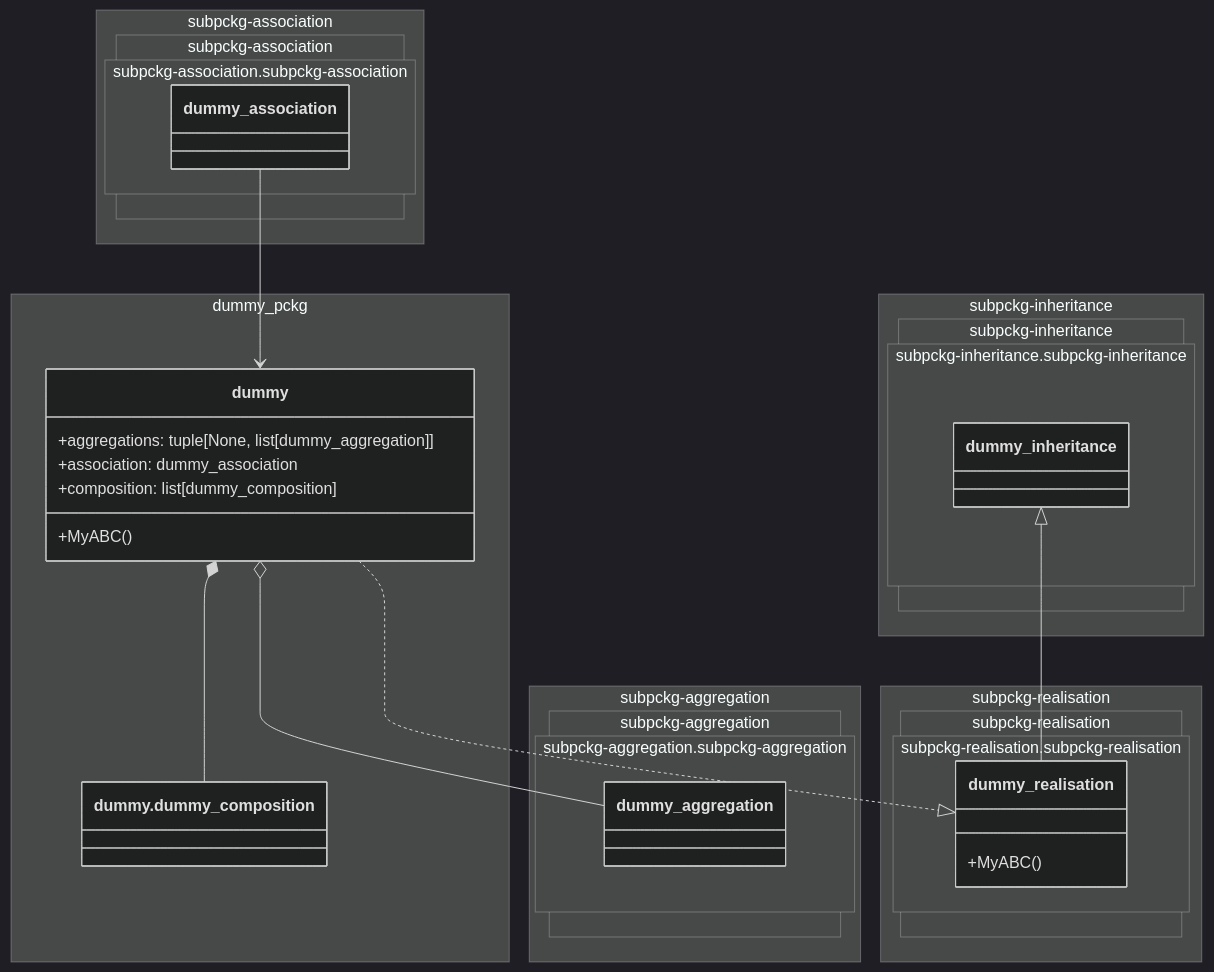
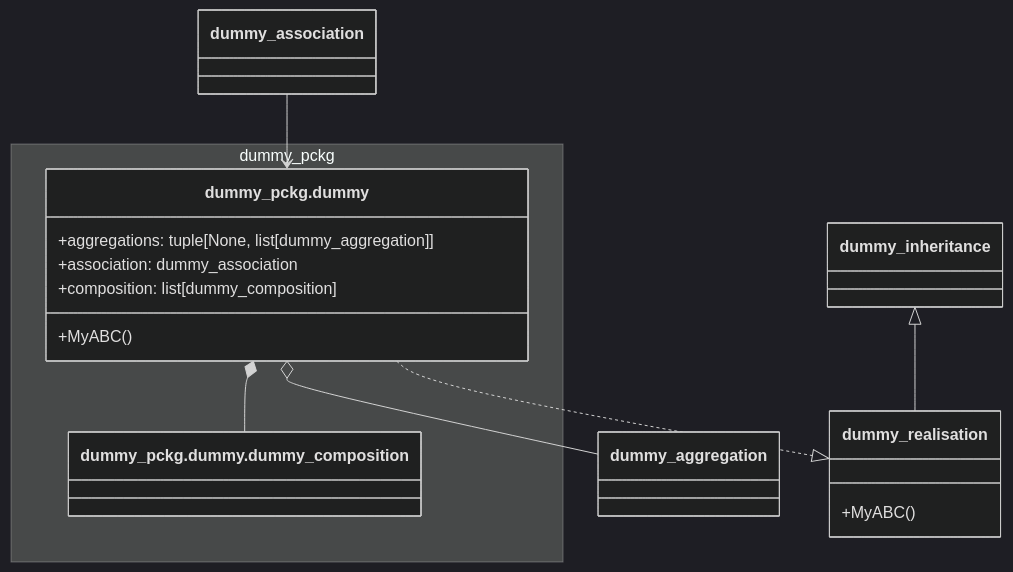
Before and after one commit to YsWorkBench/mermaiden: the diagram in examples/dummy_pckgUML.md, drawn with Mermaid (dark theme). The commit also changed 7 other files, not shown here.

Commit message:
updated dummy UML

````diff
--- a/examples/dummy_pckgUML.md
+++ b/examples/dummy_pckgUML.md
@@ -3,44 +3,28 @@
 ```mermaid
 classDiagram
-namespace `dummy_pckg`["dummy_pckg"]{
-  class `dummy_pckg.dummy`["dummy"] {
+class `dummy_aggregation` {
+}
+class `dummy_association` {
+}
+class `dummy_inheritance` {
+}
+class `dummy_realisation` {
+  +MyABC()
+}
+namespace `dummy_pckg`{
+  class `dummy_pckg.dummy` {
     +aggregations: tuple[None, list[dummy_aggregation]]
     +association: dummy_association
     +composition: list[dummy_composition]
     +MyABC()
   }
-  class `dummy_pckg.dummy.dummy_composition`["dummy.dummy_composition"] {
-  }
-}
-namespace `subpckg-aggregation`["subpckg-aggregation"]{
-  namespace `subpckg-aggregation.subpckg-aggregation`["subpckg-aggregation.subpckg-aggregation"]{
-    class `subpckg-aggregation.subpckg-aggregation.dummy_aggregation`["dummy_aggregation"] {
-    }
-  }
-}
-namespace `subpckg-association`["subpckg-association"]{
-  namespace `subpckg-association.subpckg-association`["subpckg-association.subpckg-association"]{
-    class `subpckg-association.subpckg-association.dummy_association`["dummy_association"] {
-    }
-  }
-}
-namespace `subpckg-inheritance`["subpckg-inheritance"]{
-  namespace `subpckg-inheritance.subpckg-inheritance`["subpckg-inheritance.subpckg-inheritance"]{
-    class `subpckg-inheritance.subpckg-inheritance.dummy_inheritance`["dummy_inheritance"] {
-    }
-  }
-}
-namespace `subpckg-realisation`["subpckg-realisation"]{
-  namespace `subpckg-realisation.subpckg-realisation`["subpckg-realisation.subpckg-realisation"]{
-    class `subpckg-realisation.subpckg-realisation.dummy_realisation`["dummy_realisation"] {
-      +MyABC()
-    }
+  class `dummy_pckg.dummy.dummy_composition` {
   }
 }
 
+`dummy_association` --> `dummy_pckg.dummy`
+`dummy_inheritance` <|-- `dummy_realisation`
+`dummy_pckg.dummy` o-- `dummy_aggregation`
 `dummy_pckg.dummy` *-- `dummy_pckg.dummy.dummy_composition`
-`dummy_pckg.dummy` o-- `subpckg-aggregation.subpckg-aggregation.dummy_aggregation`
-`dummy_pckg.dummy` ..|> `subpckg-realisation.subpckg-realisation.dummy_realisation`
-`subpckg-association.subpckg-association.dummy_association` --> `dummy_pckg.dummy`
-`subpckg-inheritance.subpckg-inheritance.dummy_inheritance` <|-- `subpckg-realisation.subpckg-realisation.dummy_realisation`
+`dummy_pckg.dummy` ..|> `dummy_realisation`
 ```
````
